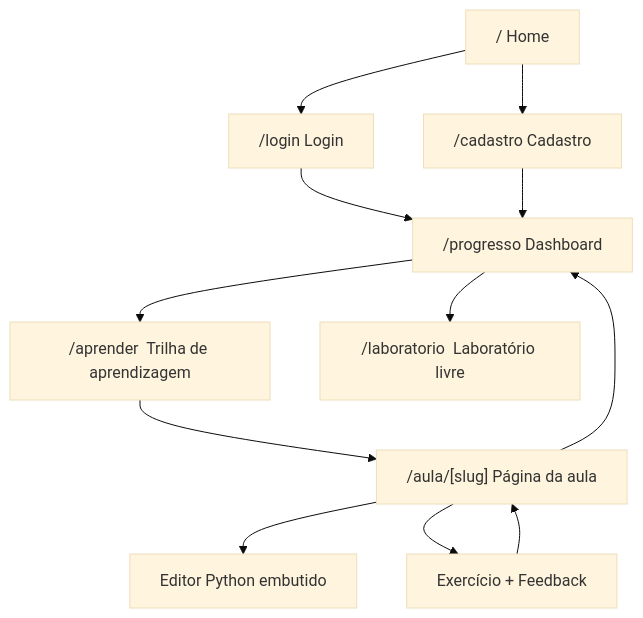
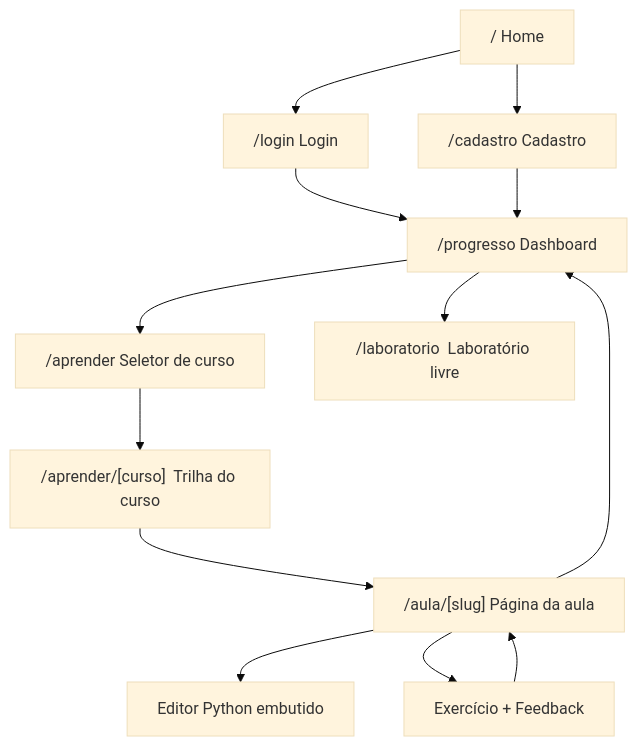
Before and after one commit to socorrolima/Python_do_zero: the diagram in ARCHITECTURE.md, drawn with Mermaid (base theme). The commit also changed other lines of this file and 14 other files, not shown here.

````diff
--- a/ARCHITECTURE.md
+++ b/ARCHITECTURE.md
@@ -76,14 +76,15 @@
 ```mermaid
 flowchart TD
     A["/  Home"] --> B["/login  Login"]
     A --> C["/cadastro  Cadastro"]
     B --> D["/progresso  Dashboard"]
     C --> D
-    D --> E["/aprender  Trilha de aprendizagem"]
-    E --> F["/aula/[slug]  Página da aula"]
+    D --> E["/aprender  Seletor de curso"]
+    E --> E2["/aprender/[curso]  Trilha do curso"]
+    E2 --> F["/aula/[slug]  Página da aula"]
     F --> G["Editor Python embutido"]
     F --> H["Exercício + Feedback"]
     H --> F
     F --> D
     D --> I["/laboratorio  Laboratório livre"]
 ```
````
